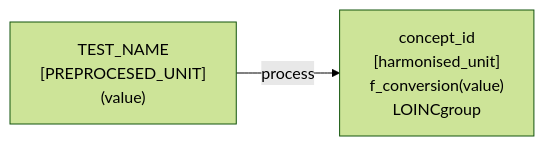
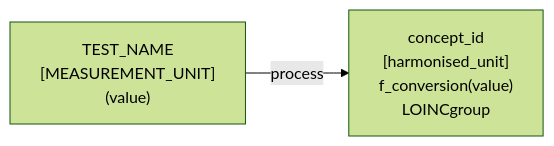
One commit to FINNGEN/kanta_lab_harmonisation_public changed the first of 2 diagrams in README.md. Above: the diagram before and after it, drawn with Mermaid (forest theme). The commit also changed other lines of this file, not shown here.

````diff
--- a/README.md
+++ b/README.md
@@ -16,4 +16,4 @@
 ```mermaid
 flowchart LR
-    S["TEST_NAME<br>[PREPROCESED_UNIT]<br>(value)"] -- process --> D["concept_id<br>[harmonised_unit]<br>f_conversion(value)<br>LOINCgroup"]
+    S["TEST_NAME<br>[MEASUREMENT_UNIT]<br>(value)"] -- process --> D["concept_id<br>[harmonised_unit]<br>f_conversion(value)<br>LOINCgroup"]
 ```
````
